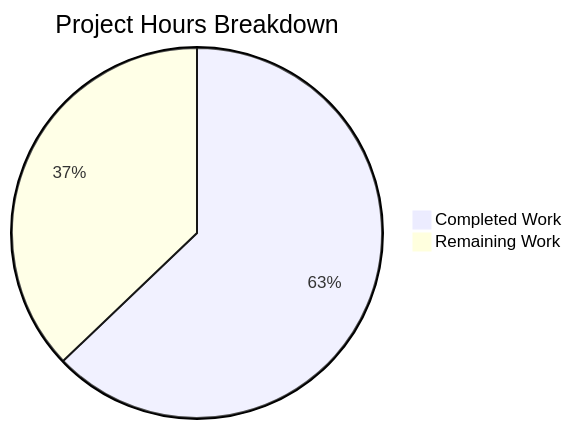
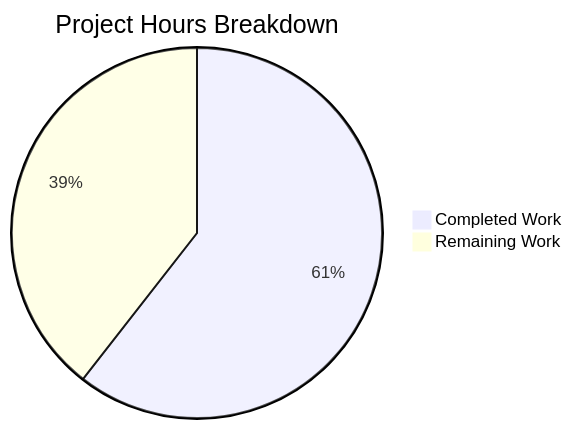
One commit to blitzy-public-samples/blitzy-kubernetes changed the diagram in blitzy/documentation/Project Guide.md. Above: the diagram before and after it, drawn with Mermaid. The commit also changed other lines of this file, not shown here.

Commit message:
Adding Blitzy Project Guide: Project Status and Human Tasks Remaining

````diff
--- a/blitzy/documentation/Project Guide.md
+++ b/blitzy/documentation/Project Guide.md
@@ -47,5 +87,5 @@
 ```mermaid
 pie title Project Hours Breakdown
-    "Completed Work" : 44
-    "Remaining Work" : 26
+    "Completed Work" : 66
+    "Remaining Work" : 43
 ```
````
